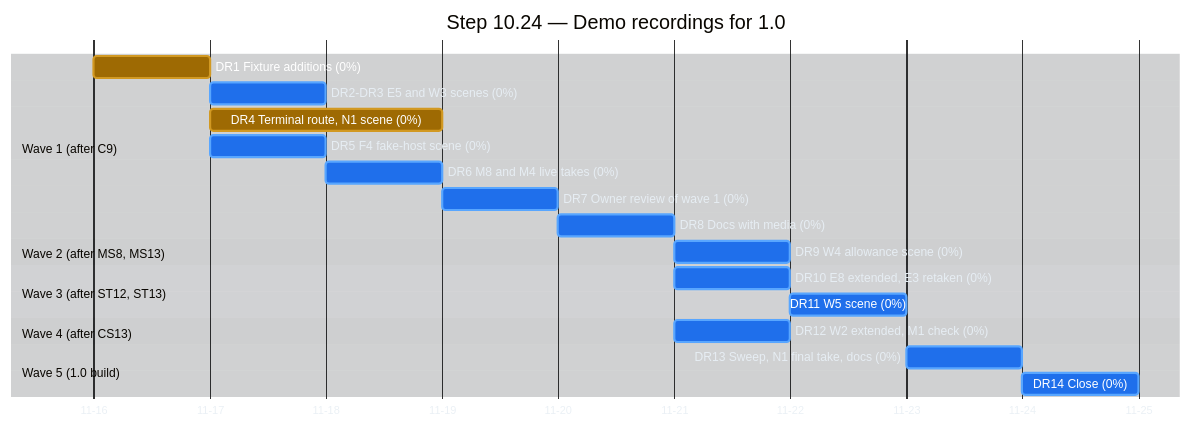
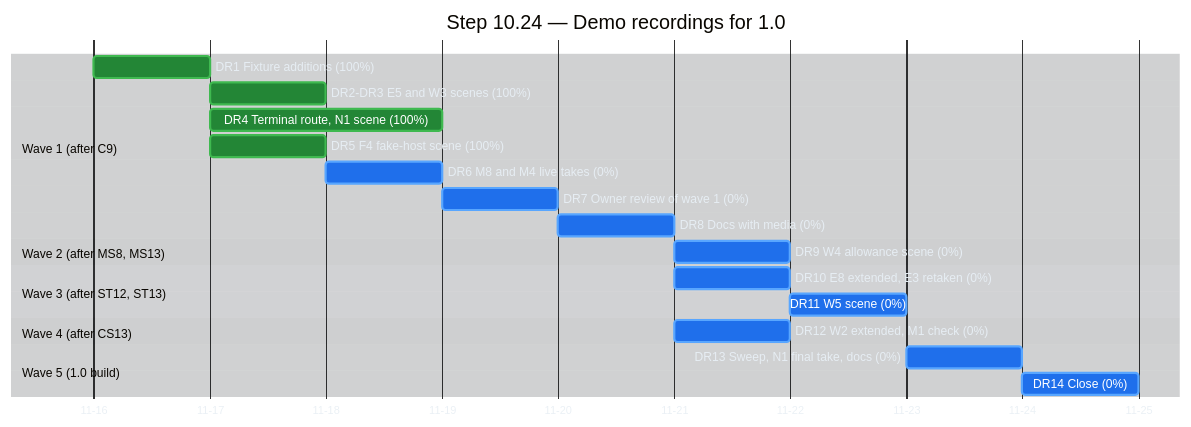
Before and after one commit to raulkivi/agent-cost-analyzer: the third of 6 diagrams in docs/implementation-plan-gantt.md, drawn with Mermaid. The commit also changed other lines of this file and 5 other files, not shown here.

First line of the commit message:
Status: C3 and C4 signed off again after C15; step 10.24 DR1-DR5 done

````diff
--- a/docs/implementation-plan-gantt.md
+++ b/docs/implementation-plan-gantt.md
@@ -224,57 +224,57 @@
 ```mermaid
 %%{init: {
   "theme": "base",
   "themeVariables": {
     "darkMode": true,
     "background": "#0d1117",
     "textColor": "#e6edf3",
     "primaryTextColor": "#e6edf3",
     "lineColor": "#8b949e",
     "sectionBkgColor": "#161b22",
     "sectionBkgColor2": "#1c2129",
     "altSectionBkgColor": "#0d1117",
     "gridColor": "#30363d",
     "excludeBkgColor": "#161b22",
     "todayLineColor": "#f85149",
     "taskBkgColor": "#1f6feb",
     "taskBorderColor": "#58a6ff",
     "taskTextColor": "#ffffff",
     "taskTextLightColor": "#ffffff",
     "taskTextDarkColor": "#ffffff",
     "taskTextOutsideColor": "#e6edf3",
     "doneTaskBkgColor": "#238636",
     "doneTaskBorderColor": "#3fb950",
     "activeTaskBkgColor": "#9e6a03",
     "activeTaskBorderColor": "#d29922",
     "critBkgColor": "#da3633",
     "critBorderColor": "#f85149"
   }
 }}%%
 gantt
     title Step 10.24 — Demo recordings for 1.0
     dateFormat YYYY-MM-DD
     axisFormat %m-%d
 
     section Wave 1 (after C9)
-    DR1 Fixture additions (0%)                :active, d241, 2026-11-16, 1d
-    DR2-DR3 E5 and W3 scenes (0%)             :d242, after d241, 1d
-    DR4 Terminal route, N1 scene (0%)         :active, d244, after d241, 2d
-    DR5 F4 fake-host scene (0%)               :d245, after d241, 1d
+    DR1 Fixture additions (100%)              :done, d241, 2026-11-16, 1d
+    DR2-DR3 E5 and W3 scenes (100%)           :done, d242, after d241, 1d
+    DR4 Terminal route, N1 scene (100%)       :done, d244, after d241, 2d
+    DR5 F4 fake-host scene (100%)             :done, d245, after d241, 1d
     DR6 M8 and M4 live takes (0%)             :d246, after d245, 1d
     DR7 Owner review of wave 1 (0%)           :d247, after d244 d246, 1d
     DR8 Docs with media (0%)                  :d248, after d247, 1d
 
     section Wave 2 (after MS8, MS13)
     DR9 W4 allowance scene (0%)               :d249, after d248, 1d
 
     section Wave 3 (after ST12, ST13)
     DR10 E8 extended, E3 retaken (0%)         :d2410, after d248, 1d
     DR11 W5 scene (0%)                        :d2411, after d2410, 1d
 
     section Wave 4 (after CS13)
     DR12 W2 extended, M1 check (0%)           :d2412, after d248, 1d
 
     section Wave 5 (1.0 build)
     DR13 Sweep, N1 final take, docs (0%)      :d2413, after d249 d2411 d2412, 1d
     DR14 Close (0%)                           :d2414, after d2413, 1d
 ```
````
